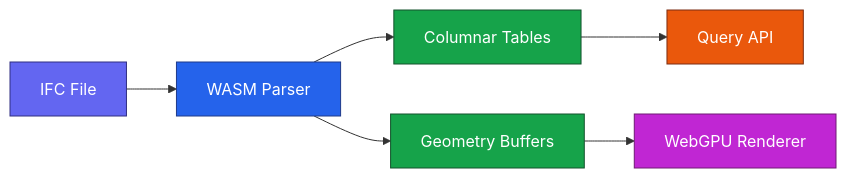
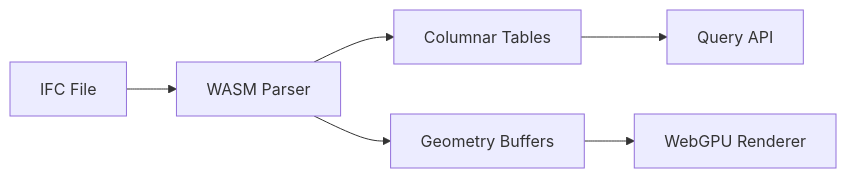
One commit to louistrue/ifc-lite changed the second of 3 diagrams in docs/index.md. Above: the diagram before and after it, drawn with Mermaid. The commit also changed other lines of this file and 3 other files, not shown here.

````diff
--- a/docs/index.md
+++ b/docs/index.md
@@ -91,15 +75,8 @@
     ```mermaid
     flowchart LR
         IFC[IFC File] --> WASM[WASM Parser]
         WASM --> Tables[Columnar Tables]
         WASM --> Geometry[Geometry Buffers]
         Tables --> Query[Query API]
         Geometry --> Renderer[WebGPU Renderer]
-
-        style IFC fill:#6366f1,stroke:#312e81,color:#fff
-        style WASM fill:#2563eb,stroke:#1e3a8a,color:#fff
-        style Tables fill:#16a34a,stroke:#14532d,color:#fff
-        style Geometry fill:#16a34a,stroke:#14532d,color:#fff
-        style Query fill:#ea580c,stroke:#7c2d12,color:#fff
-        style Renderer fill:#c026d3,stroke:#701a75,color:#fff
     ```
````
